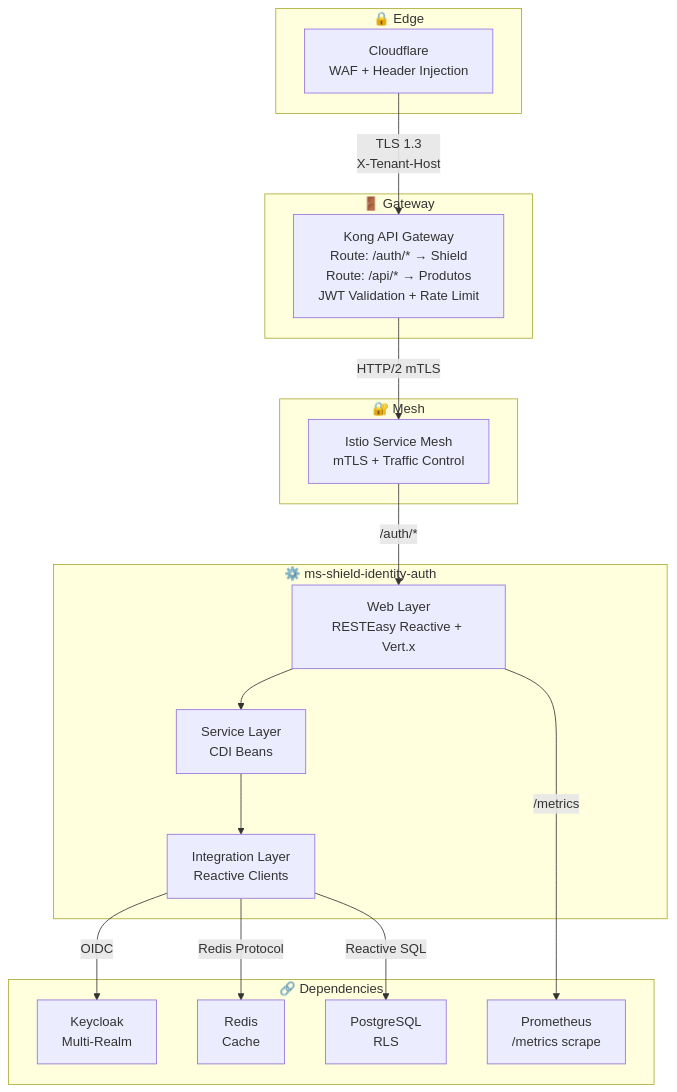
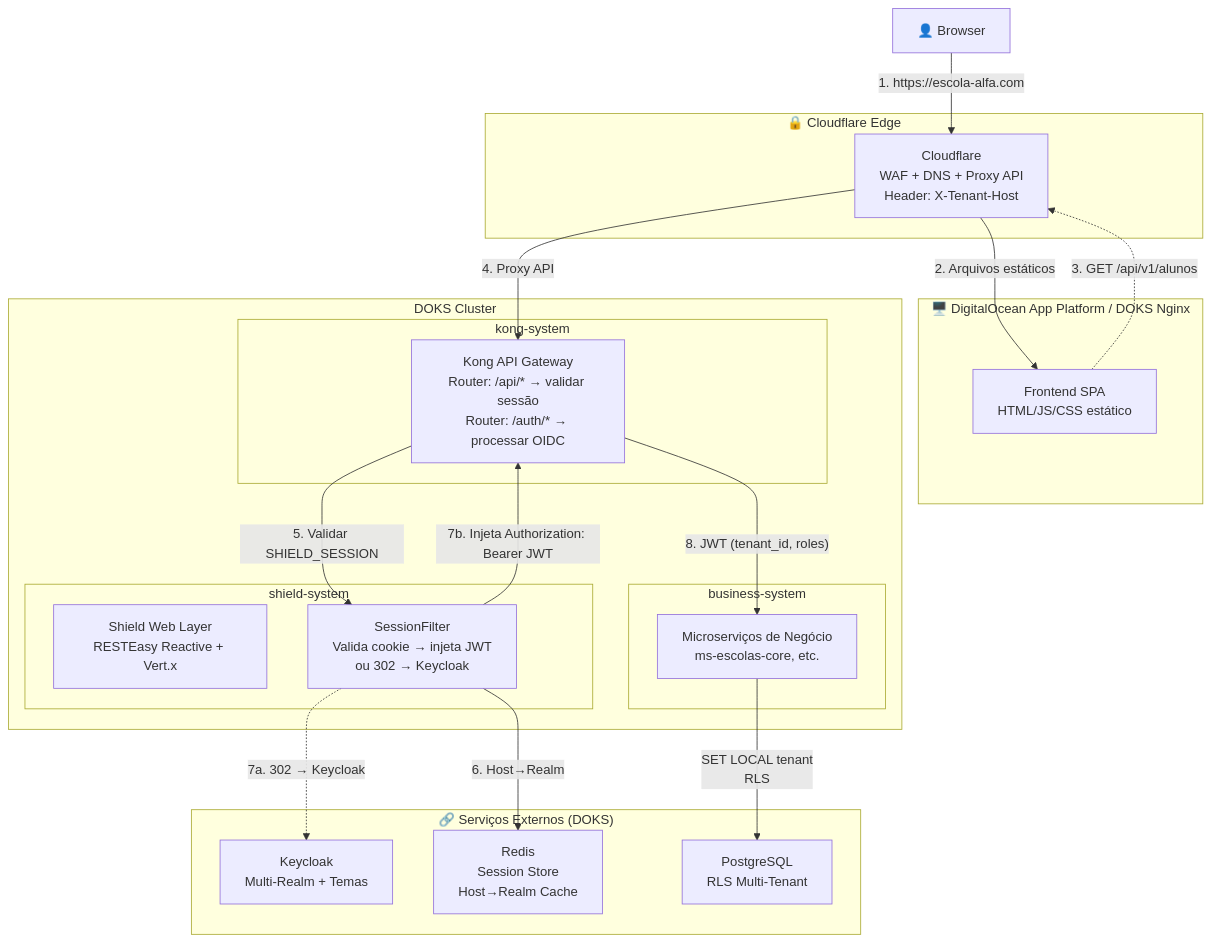
Before and after one commit to bolismar69/workspace-fbso: the second of 7 diagrams in business-inputs/business-projects/PRJ-TEC-2026-0004-PROJETO-SHIELD/11-HLD-PRJ-TEC-2026-0004-PROJETO-SHIELD.md, drawn with Mermaid. The commit also changed other lines of this file and 2 other files, not shown here.

First line of the commit message:
docs: revisao completa dos diagramas — Shield como filtro Kong

````diff
--- a/business-inputs/business-projects/PRJ-TEC-2026-0004-PROJETO-SHIELD/11-HLD-PRJ-TEC-2026-0004-PROJETO-SHIELD.md
+++ b/business-inputs/business-projects/PRJ-TEC-2026-0004-PROJETO-SHIELD/11-HLD-PRJ-TEC-2026-0004-PROJETO-SHIELD.md
@@ -40,37 +58,44 @@
 ```mermaid
 flowchart TB
-    subgraph Edge["🔒 Edge"]
-        CF["Cloudflare\nWAF + Header Injection"]
+    User["👤 Browser"]
+
+    subgraph Edge["🔒 Cloudflare Edge"]
+        CF["Cloudflare\nWAF + DNS + Proxy API\nHeader: X-Tenant-Host"]
     end
 
-    subgraph Gateway["🚪 Gateway"]
-        Kong["Kong API Gateway\nRoute: /auth/* → Shield\nRoute: /api/* → Produtos\nJWT Validation + Rate Limit"]
+    subgraph AppPlatform["🖥️ DigitalOcean App Platform / DOKS Nginx"]
+        SPA["Frontend SPA\nHTML/JS/CSS estático"]
     end
 
-    subgraph Mesh["🔐 Mesh"]
-        Istio["Istio Service Mesh\nmTLS + Traffic Control"]
+    subgraph DOKS["DOKS Cluster"]
+        subgraph KongNS["kong-system"]
+            Kong["Kong API Gateway\nRouter: /api/* → validar sessão\nRouter: /auth/* → processar OIDC"]
+        end
+
+        subgraph ShieldNS["shield-system"]
+            Web["Shield Web Layer\nRESTEasy Reactive + Vert.x"]
+            SessionFilter["SessionFilter\nValida cookie → injeta JWT\nou 302 → Keycloak"]
+        end
+
+        subgraph BusinessNS["business-system"]
+            MS["Microserviços de Negócio\nms-escolas-core, etc."]
+        end
     end
 
-    subgraph BFF["⚙️ ms-shield-identity-auth"]
-        Web["Web Layer\nRESTEasy Reactive + Vert.x"]
-        Svc["Service Layer\nCDI Beans"]
-        Int["Integration Layer\nReactive Clients"]
+    subgraph Dependencies["🔗 Serviços Externos (DOKS)"]
+        KC["Keycloak\nMulti-Realm + Temas"]
+        Redis["Redis\nSession Store\nHost→Realm Cache"]
+        PG["PostgreSQL\nRLS Multi-Tenant"]
     end
 
-    subgraph Dependencies["🔗 Dependencies"]
-        Keycloak["Keycloak\nMulti-Realm"]
-        RedisCache["Redis\nCache"]
-        PostgresDB["PostgreSQL\nRLS"]
-        PrometheusMetrics["Prometheus\n/metrics scrape"]
-    end
-
-    CF -->|"TLS 1.3\nX-Tenant-Host"| Kong
-    Kong -->|"HTTP/2 mTLS"| Istio
-    Istio -->|"/auth/*"| Web
-    Web --> Svc
-    Svc --> Int
-    Int -->|"OIDC"| Keycloak
-    Int -->|"Redis Protocol"| RedisCache
-    Int -->|"Reactive SQL"| PostgresDB
-    Web -->|"/metrics"| PrometheusMetrics
+    User -->|"1. https://escola-alfa.com"| CF
+    CF -->|"2. Arquivos estáticos"| SPA
+    SPA -.->|"3. GET /api/v1/alunos"| CF
+    CF -->|"4. Proxy API"| Kong
+    Kong -->|"5. Validar SHIELD_SESSION"| SessionFilter
+    SessionFilter -->|"6. Host→Realm"| Redis
+    SessionFilter -.->|"7a. 302 → Keycloak"| KC
+    SessionFilter -->|"7b. Injeta Authorization: Bearer JWT"| Kong
+    Kong -->|"8. JWT (tenant_id, roles)"| MS
+    MS -->|"SET LOCAL tenant\nRLS"| PG
 ```
````
